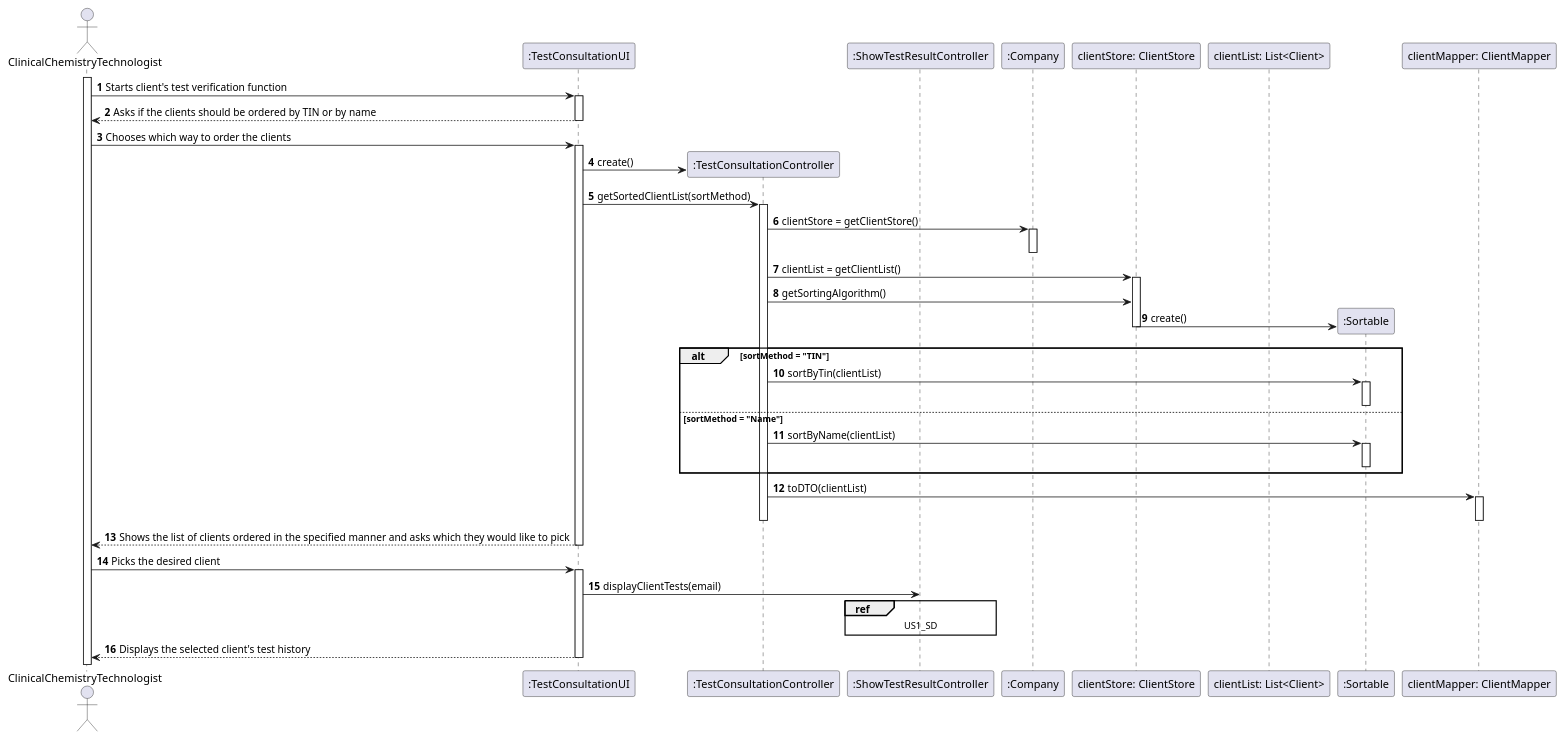
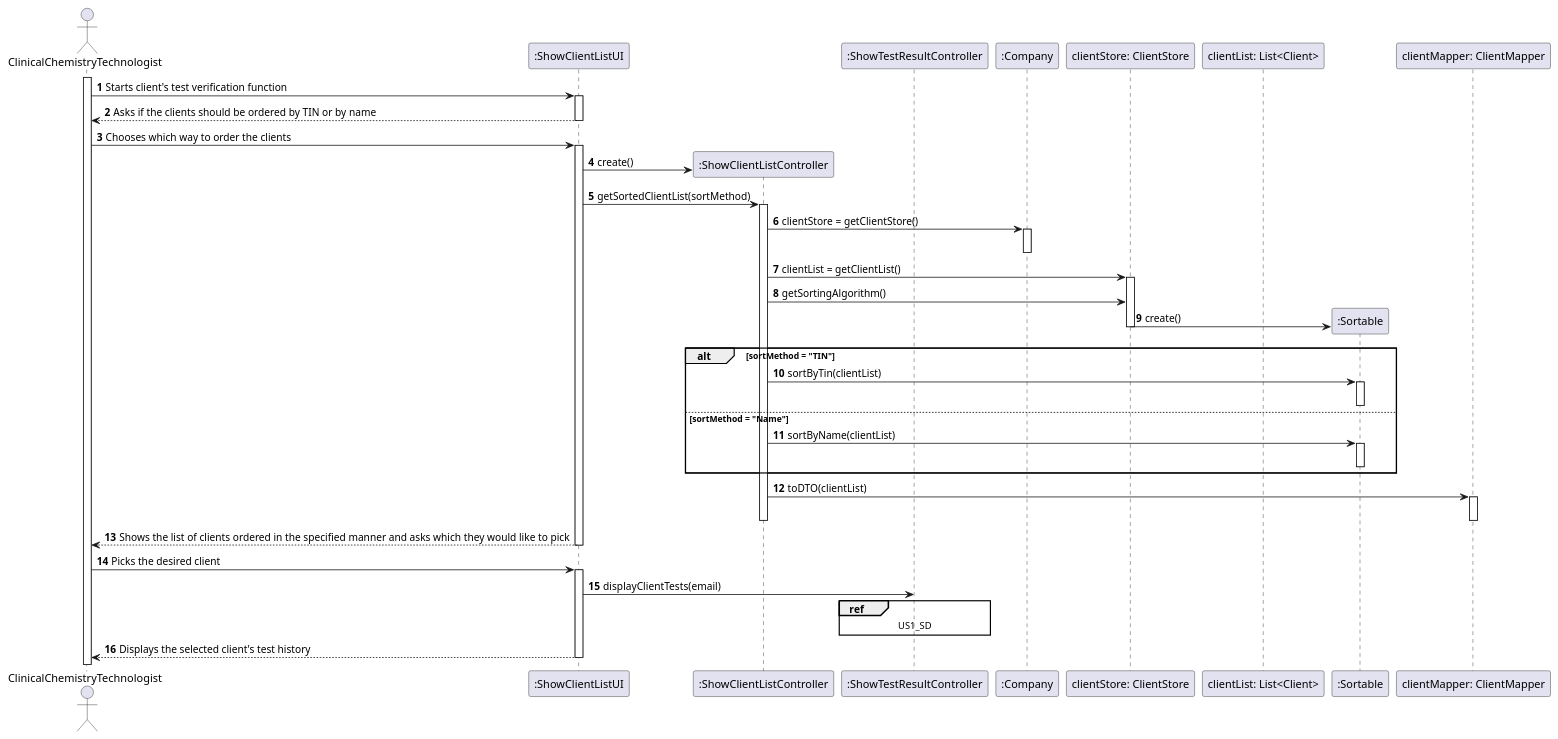
One commit to MadDinosaur/ISEP-LAPR2 changed the diagram in docs/SprintD/US13/US13_SD.puml. Above: the diagram before and after it, drawn with PlantUML. The commit also changed 5 other files, not shown here.

```diff
--- a/docs/SprintD/US13/US13_SD.puml
+++ b/docs/SprintD/US13/US13_SD.puml
@@ -1,70 +1,70 @@
 @startuml
 'https://plantuml.com/sequence-diagram
 
 autonumber
 
 actor ClinicalChemistryTechnologist as CCT
-participant ":TestConsultationUI" as UI
-participant ":TestConsultationController" as CTRL
+participant ":ShowClientListUI" as UI
+participant ":ShowClientListController" as CTRL
 participant ":ShowTestResultController" as TCTRL
 participant ":Company" as CMP
 participant "clientStore: ClientStore" as CLTSTR
 participant "clientList: List<Client>" as LST
 participant ":Sortable" as SRT
 participant "clientMapper: ClientMapper" as CLTMAP
 
 activate CCT
 CCT -> UI: Starts client's test verification function
 activate UI
 UI --> CCT: Asks if the clients should be ordered by TIN or by name
 deactivate UI
 CCT -> UI: Chooses which way to order the clients
 activate UI
 
 create CTRL
 UI -> CTRL: create()
 
 UI -> CTRL: getSortedClientList(sortMethod)
 activate CTRL
 
 CTRL -> CMP: clientStore = getClientStore()
 activate CMP
 deactivate CMP
 
 CTRL -> CLTSTR: clientList = getClientList()
 activate CLTSTR
 
 CTRL -> CLTSTR: getSortingAlgorithm()
 create SRT
 CLTSTR -> SRT: create()
 deactivate CLTSTR
 
 alt sortMethod = "TIN"
 CTRL -> SRT: sortByTin(clientList)
 activate SRT
 deactivate SRT
 else sortMethod = "Name"
 CTRL -> SRT: sortByName(clientList)
 activate SRT
 deactivate SRT
 end
 
 CTRL -> CLTMAP: toDTO(clientList)
 activate CLTMAP
 deactivate CLTMAP
 
 deactivate CTRL
 
 UI --> CCT: Shows the list of clients ordered in the specified manner and asks which they would like to pick
 deactivate UI
 
 CCT -> UI: Picks the desired client
 activate UI
 
 UI -> TCTRL: displayClientTests(email)
 ref over TCTRL: US1_SD
 
 UI --> CCT: Displays the selected client's test history
 deactivate UI
 
 @enduml
```
